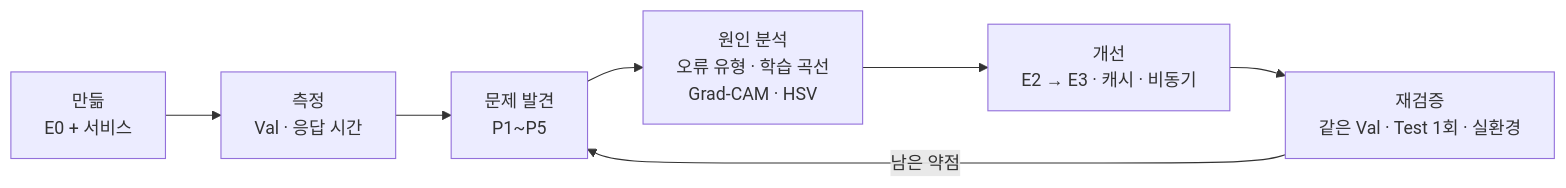
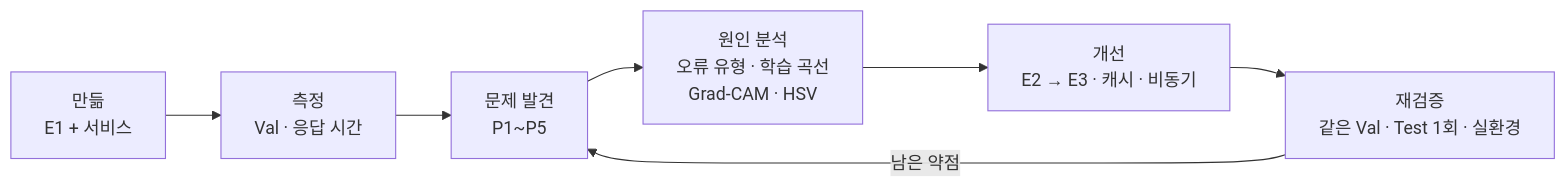
One commit to yonghoonchoi88/Soybean_Leaf_Identifier changed the diagram in reports/09_성능분석_개선보고서.md. Above: the diagram before and after it, drawn with Mermaid. The commit also changed other lines of this file and 26 other files, not shown here.

````diff
--- a/reports/09_성능분석_개선보고서.md
+++ b/reports/09_성능분석_개선보고서.md
@@ -16,9 +16,9 @@
 ```mermaid
 flowchart LR
-    A[만듦<br/>E0 + 서비스] --> B[측정<br/>Val · 응답 시간]
+    A[만듦<br/>E1 + 서비스] --> B[측정<br/>Val · 응답 시간]
     B --> C[문제 발견<br/>P1~P5]
     C --> D[원인 분석<br/>오류 유형 · 학습 곡선<br/>Grad-CAM · HSV]
     D --> E[개선<br/>E2 → E3 · 캐시 · 비동기]
     E --> F[재검증<br/>같은 Val · Test 1회 · 실환경]
     F -->|남은 약점| C
 ```
````
